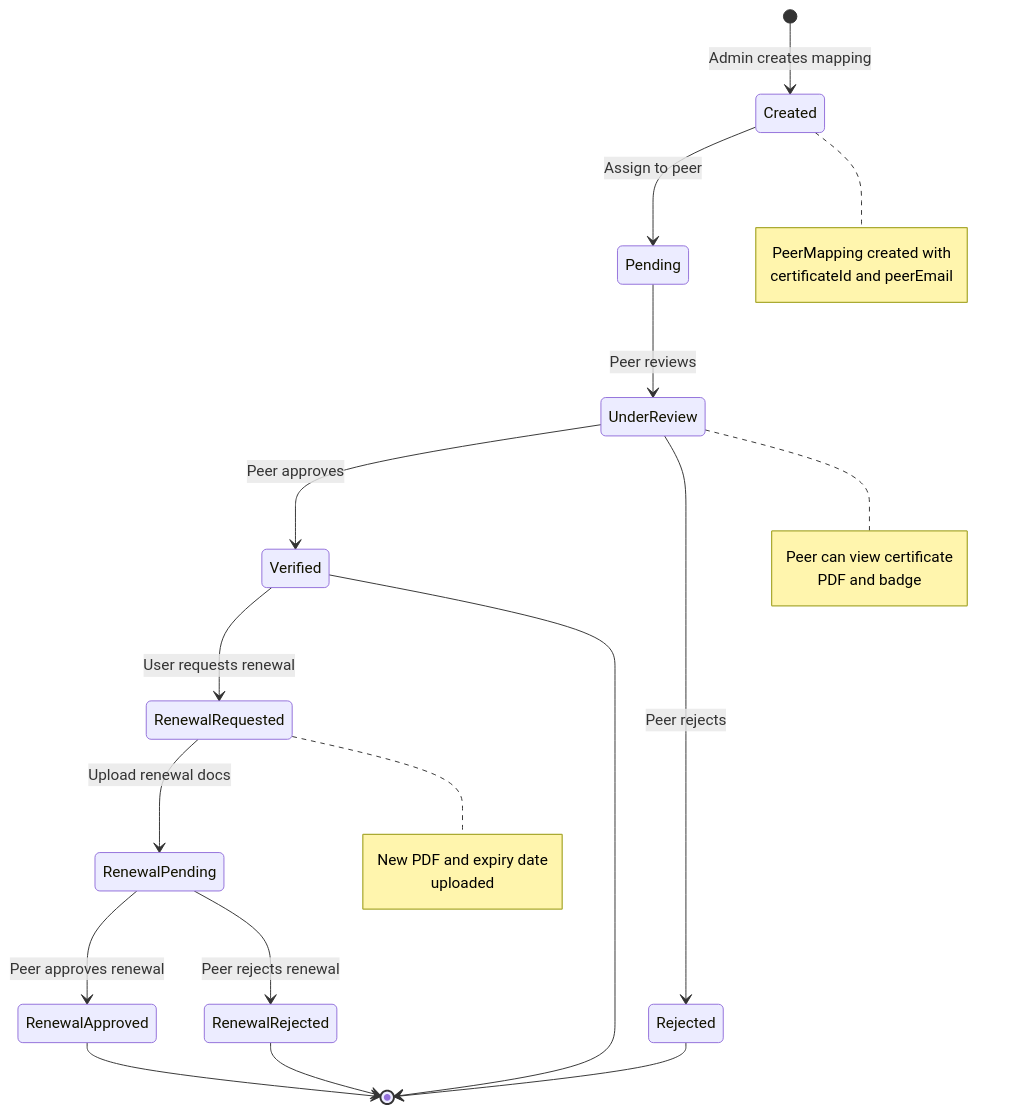
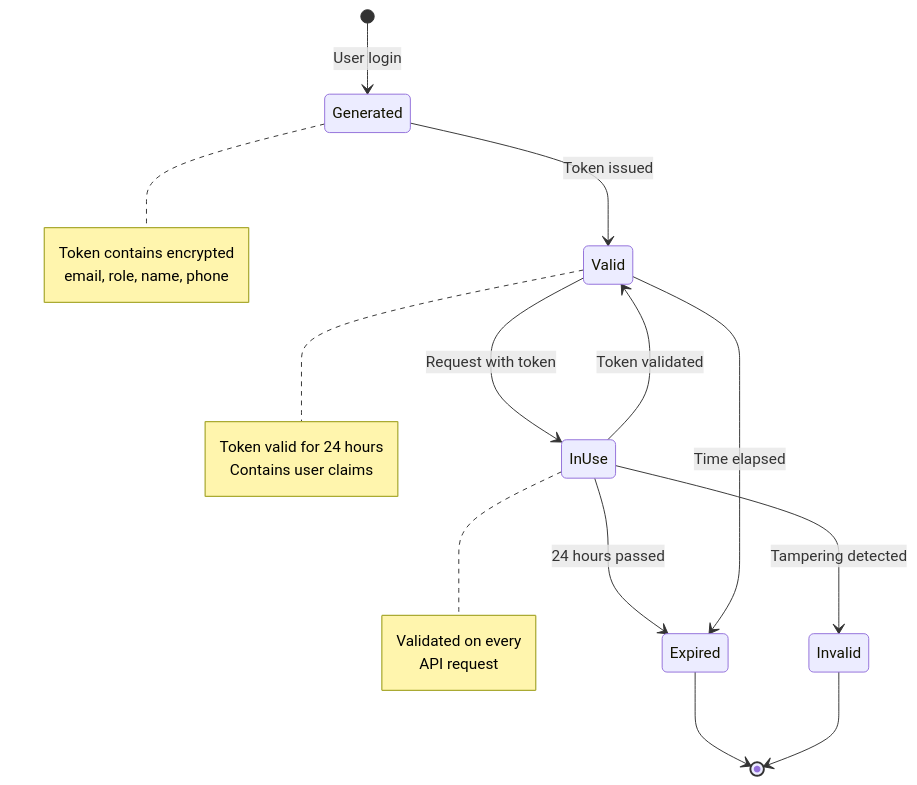
The third of 6 diagrams in README.md (saimahendra282/Microservice1), drawn with Mermaid before and after one commit. The commit also changed other lines of this file, not shown here.

````diff
--- a/README.md
+++ b/README.md
@@ -129,34 +136,29 @@
 ```mermaid
 stateDiagram-v2
-    [*] --> Created: Admin creates mapping
-    Created --> Pending: Assign to peer
-    Pending --> UnderReview: Peer reviews
+    [*] --> Generated: User login
+    Generated --> Valid: Token issued
+    Valid --> InUse: Request with token
     
-    UnderReview --> Verified: Peer approves
-    UnderReview --> Rejected: Peer rejects
+    InUse --> Valid: Token validated
+    InUse --> Expired: 24 hours passed
+    InUse --> Invalid: Tampering detected
     
-    Verified --> RenewalRequested: User requests renewal
-    RenewalRequested --> RenewalPending: Upload renewal docs
-    RenewalPending --> RenewalApproved: Peer approves renewal
-    RenewalPending --> RenewalRejected: Peer rejects renewal
+    Valid --> Expired: Time elapsed
+    Expired --> [*]
+    Invalid --> [*]
     
-    RenewalApproved --> [*]
-    RenewalRejected --> [*]
-    Rejected --> [*]
-    Verified --> [*]
-    
-    note right of Created
-        PeerMapping created with
-        certificateId and peerEmail
+    note right of Generated
+        Token contains encrypted
+        email, role, name, phone
     end note
     
-    note right of UnderReview
-        Peer can view certificate
-        PDF and badge
+    note right of Valid
+        Token valid for 24 hours
+        Contains user claims
     end note
     
-    note right of RenewalRequested
-        New PDF and expiry date
-        uploaded
+    note right of InUse
+        Validated on every
+        API request
     end note
 ```
````
